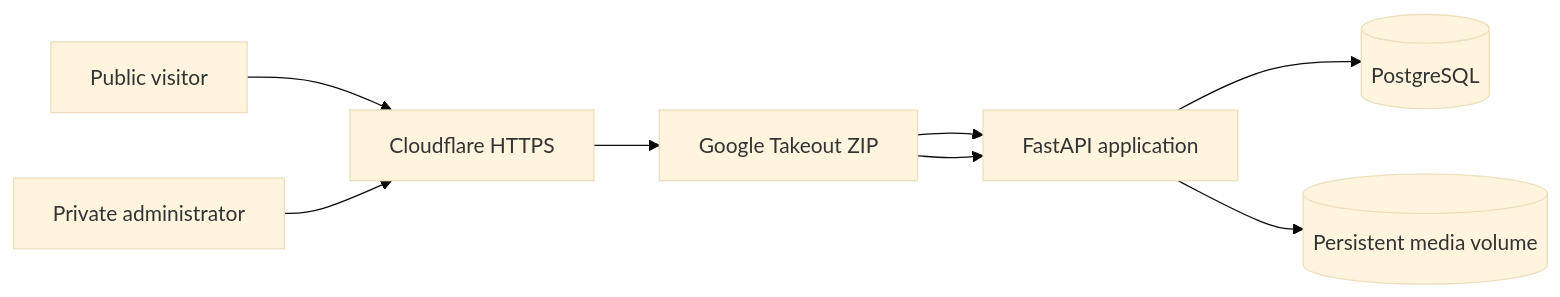
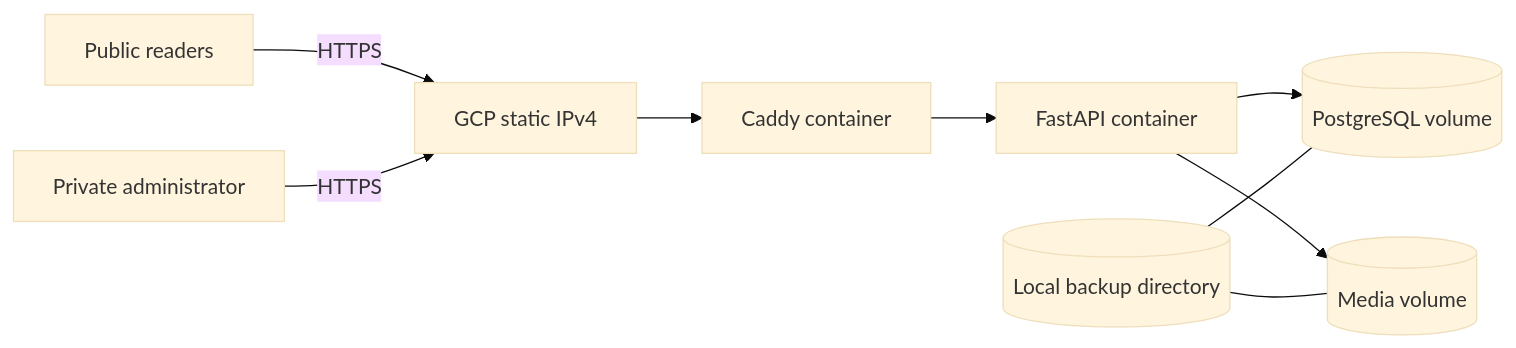
The diagram in README.md (psainaveen12/NewsWebsite), drawn with Mermaid (base theme) before and after one commit. The commit also changed other lines of this file and 35 other files, not shown here.

````diff
--- a/README.md
+++ b/README.md
@@ -18,10 +17,11 @@
 ```mermaid
 flowchart LR
-  V[Public visitor] --> C[Cloudflare HTTPS]
-  A[Private administrator] --> C
-  C --> T[Cloudflare Tunnel]
-  T --> F[FastAPI application]
-  F --> P[(PostgreSQL)]
-  F --> M[(Persistent media volume)]
-  T[Google Takeout ZIP] --> F
+  U[Public readers] -->|HTTPS| IP[GCP static IPv4]
+  A[Private administrator] -->|HTTPS| IP
+  IP --> C[Caddy container]
+  C --> F[FastAPI container]
+  F --> P[(PostgreSQL volume)]
+  F --> M[(Media volume)]
+  B[(Local backup directory)] --- P
+  B --- M
 ```
````
